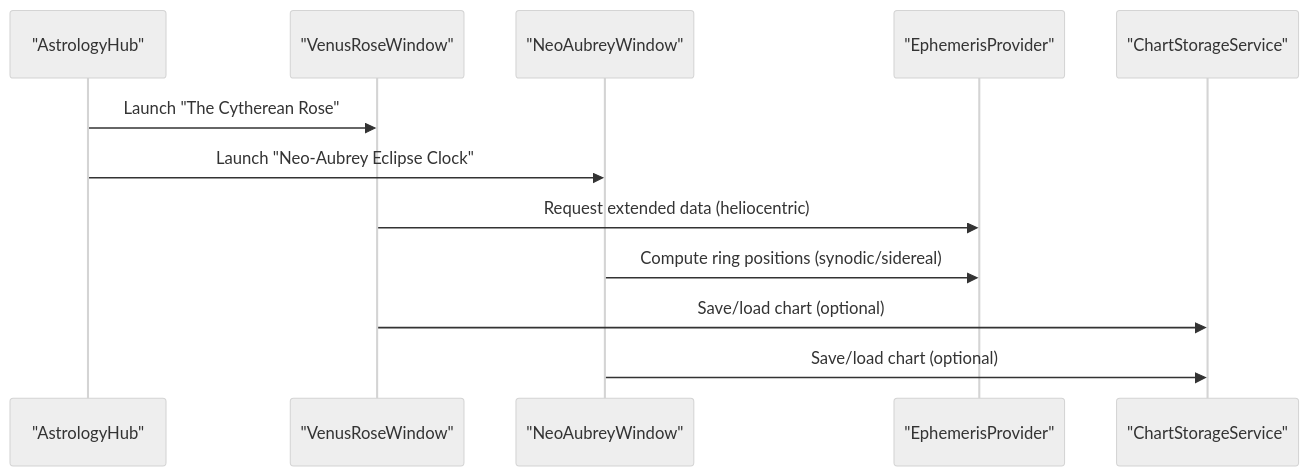
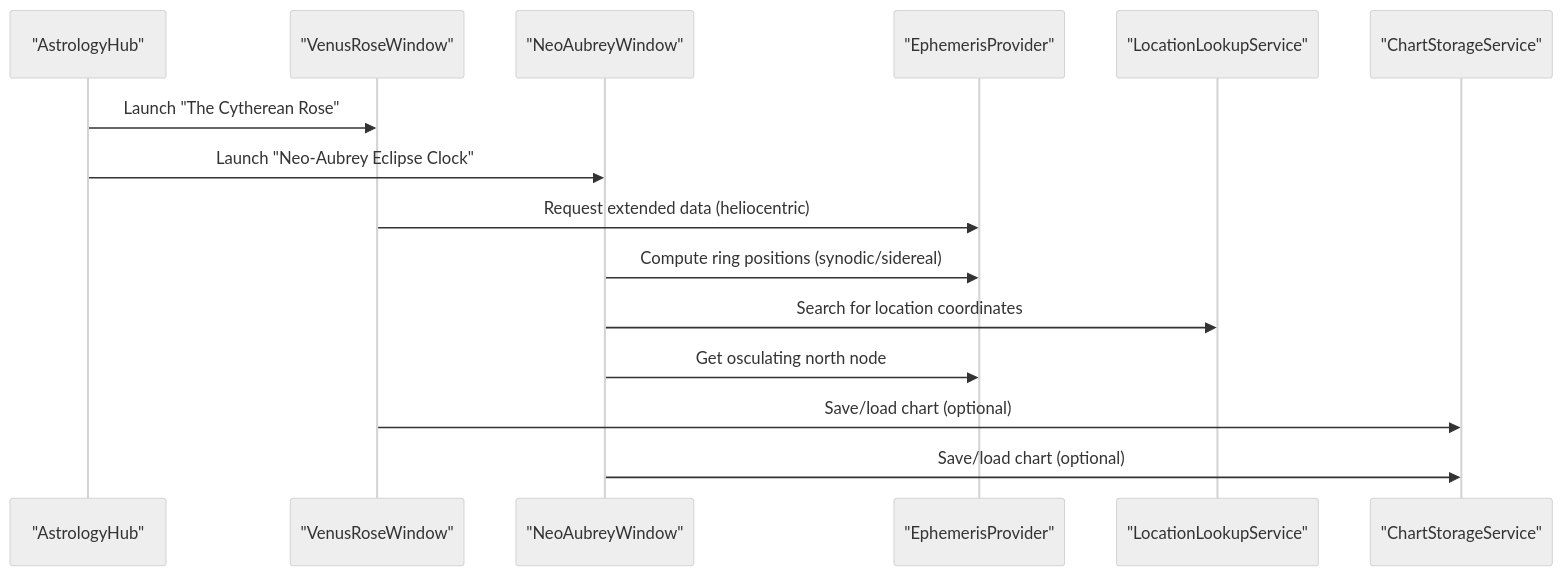
The second of 8 diagrams in .qoder/repowiki/en/content/Architecture Overview/Pillar-Based Architecture/Astrology Pillar/Specialized Visualizations.md (TheDaniel166/IsopGem), drawn with Mermaid (neutral theme) before and after one commit. The commit also changed other lines of this file and 44 other files, not shown here.

````diff
--- a/.qoder/repowiki/en/content/Architecture Overview/Pillar-Based Architecture/Astrology Pillar/Specialized Visualizations.md
+++ b/.qoder/repowiki/en/content/Architecture Overview/Pillar-Based Architecture/Astrology Pillar/Specialized Visualizations.md
@@ -115,14 +130,17 @@
 ```mermaid
 sequenceDiagram
 participant Hub as "AstrologyHub"
 participant VR as "VenusRoseWindow"
 participant NA as "NeoAubreyWindow"
 participant EP as "EphemerisProvider"
+participant LL as "LocationLookupService"
 participant CS as "ChartStorageService"
 Hub->>VR : Launch "The Cytherean Rose"
 Hub->>NA : Launch "Neo-Aubrey Eclipse Clock"
 VR->>EP : Request extended data (heliocentric)
 NA->>EP : Compute ring positions (synodic/sidereal)
+NA->>LL : Search for location coordinates
+NA->>EP : Get osculating north node
 VR->>CS : Save/load chart (optional)
 NA->>CS : Save/load chart (optional)
 ```
````
